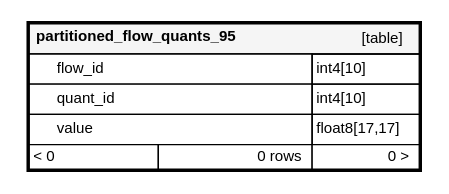
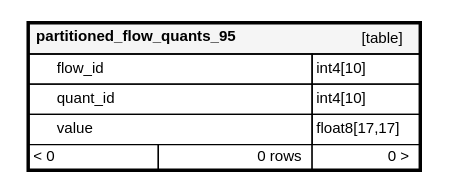
Before and after one commit to Vizzuality/trase: the diagram in db/all_tables/diagrams/orphans/partitioned_flow_quants_95.1degree.dot, drawn with Graphviz. The commit also changed 550 other files, not shown here.

```diff
--- a/db/all_tables/diagrams/orphans/partitioned_flow_quants_95.1degree.dot
+++ b/db/all_tables/diagrams/orphans/partitioned_flow_quants_95.1degree.dot
@@ -1,32 +1,32 @@
 digraph "partitioned_flow_quants_95" {
   graph [
     rankdir="RL"
     bgcolor="#ffffff"
     nodesep="0.18"
     ranksep="0.46"
     fontname="Helvetica"
     fontsize="11"
     ration="compress"
   ];
   node [
     fontname="Helvetica"
     fontsize="11"
     shape="plaintext"
   ];
   edge [
     arrowsize="0.8"
   ];
   "partitioned_flow_quants_95" [
    label=<
     <TABLE BORDER="2" CELLBORDER="1" CELLSPACING="0" BGCOLOR="#ffffff">
       <TR><TD COLSPAN="4"  BGCOLOR="#f5f5f5"><TABLE BORDER="0" CELLSPACING="0"><TR><TD ALIGN="LEFT"><B>partitioned_flow_quants_95</B></TD><TD ALIGN="RIGHT">[table]</TD></TR></TABLE></TD></TR>
-      <TR><TD PORT="flow_id" COLSPAN="2" BGCOLOR="#ffffff" ALIGN="LEFT"><TABLE BORDER="0" CELLSPACING="0" ALIGN="LEFT"><TR ALIGN="LEFT"><TD ALIGN="LEFT" FIXEDSIZE="TRUE" WIDTH="15" HEIGHT="16"></TD><TD ALIGN="LEFT" FIXEDSIZE="TRUE" WIDTH="185" HEIGHT="16">flow_id</TD></TR></TABLE></TD><TD PORT="flow_id.type" ALIGN="LEFT">int4[10]</TD></TR>
-      <TR><TD PORT="quant_id" COLSPAN="2" BGCOLOR="#ffffff" ALIGN="LEFT"><TABLE BORDER="0" CELLSPACING="0" ALIGN="LEFT"><TR ALIGN="LEFT"><TD ALIGN="LEFT" FIXEDSIZE="TRUE" WIDTH="15" HEIGHT="16"></TD><TD ALIGN="LEFT" FIXEDSIZE="TRUE" WIDTH="185" HEIGHT="16">quant_id</TD></TR></TABLE></TD><TD PORT="quant_id.type" ALIGN="LEFT">int4[10]</TD></TR>
+      <TR><TD PORT="flow_id" COLSPAN="2" ALIGN="LEFT"><TABLE BORDER="0" CELLSPACING="0" ALIGN="LEFT"><TR ALIGN="LEFT"><TD ALIGN="LEFT" FIXEDSIZE="TRUE" WIDTH="15" HEIGHT="16"></TD><TD ALIGN="LEFT" FIXEDSIZE="TRUE" WIDTH="185" HEIGHT="16">flow_id</TD></TR></TABLE></TD><TD PORT="flow_id.type" ALIGN="LEFT">int4[10]</TD></TR>
+      <TR><TD PORT="quant_id" COLSPAN="2" ALIGN="LEFT"><TABLE BORDER="0" CELLSPACING="0" ALIGN="LEFT"><TR ALIGN="LEFT"><TD ALIGN="LEFT" FIXEDSIZE="TRUE" WIDTH="15" HEIGHT="16"></TD><TD ALIGN="LEFT" FIXEDSIZE="TRUE" WIDTH="185" HEIGHT="16">quant_id</TD></TR></TABLE></TD><TD PORT="quant_id.type" ALIGN="LEFT">int4[10]</TD></TR>
       <TR><TD PORT="value" COLSPAN="2" ALIGN="LEFT"><TABLE BORDER="0" CELLSPACING="0" ALIGN="LEFT"><TR ALIGN="LEFT"><TD ALIGN="LEFT" FIXEDSIZE="TRUE" WIDTH="15" HEIGHT="16"></TD><TD ALIGN="LEFT" FIXEDSIZE="TRUE" WIDTH="185" HEIGHT="16">value</TD></TR></TABLE></TD><TD PORT="value.type" ALIGN="LEFT">float8[17,17]</TD></TR>
       <TR><TD ALIGN="LEFT" BGCOLOR="#ffffff">&lt; 0</TD><TD ALIGN="RIGHT" BGCOLOR="#ffffff">0 rows</TD><TD ALIGN="RIGHT" BGCOLOR="#ffffff">0 &gt;</TD></TR>
     </TABLE>>
     URL="tables/partitioned_flow_quants_95.html"
     target="_top"
     tooltip="partitioned_flow_quants_95"
   ];
 }
```
